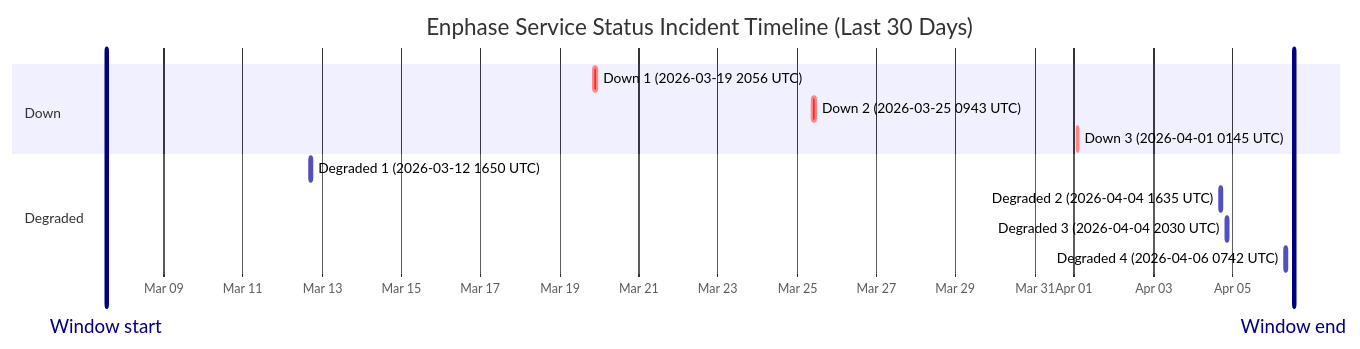
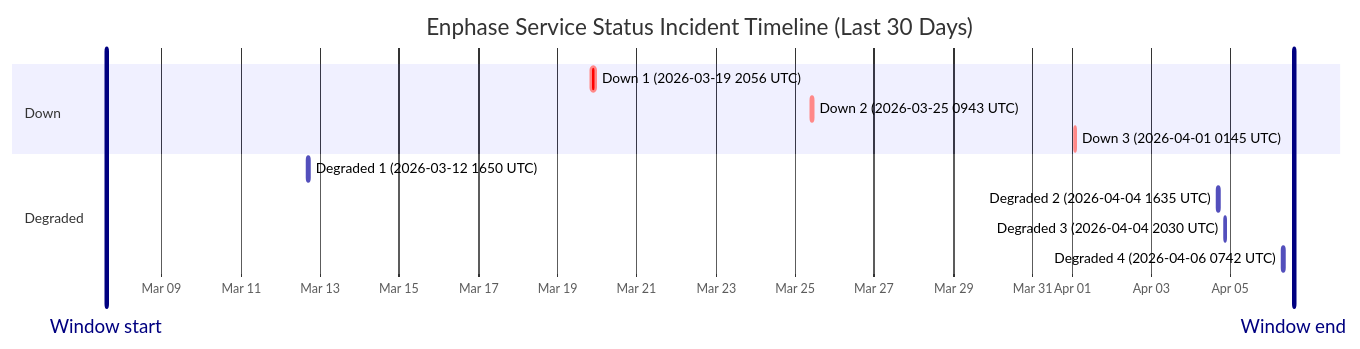
The diagram in wiki/Service-Status-History.md (barneyonline/ha-enphase-ev-charger), drawn with Mermaid before and after one commit. The commit also changed other lines of this file and 3 other files, not shown here.

````diff
--- a/wiki/Service-Status-History.md
+++ b/wiki/Service-Status-History.md
@@ -14,17 +14,17 @@
 ```mermaid
 gantt
     title Enphase Service Status Incident Timeline (Last 30 Days)
     dateFormat  YYYY-MM-DDTHH:mm:ss
     axisFormat  %b %d
-    Window start :vert, window-start, 2026-03-07T13:08:57, 0ms
-    Window end :vert, window-end, 2026-04-06T13:08:57, 0ms
+    Window start :vert, window-start, 2026-03-07T14:30:28, 0ms
+    Window end :vert, window-end, 2026-04-06T14:30:28, 0ms
     section Down
     Down 1 (2026-03-19 2056 UTC) :crit, down-1, 2026-03-19T20:56:20, 145m
     Down 2 (2026-03-25 0943 UTC) :crit, down-2, 2026-03-25T09:43:28, 111m
     Down 3 (2026-04-01 0145 UTC) :crit, down-3, 2026-04-01T01:45:09, 60m
     section Degraded
     Degraded 1 (2026-03-12 1650 UTC) :active, degraded-1, 2026-03-12T16:50:43, 60m
     Degraded 2 (2026-04-04 1635 UTC) :active, degraded-2, 2026-04-04T16:35:17, 60m
     Degraded 3 (2026-04-04 2030 UTC) :active, degraded-3, 2026-04-04T20:30:40, 60m
     Degraded 4 (2026-04-06 0742 UTC) :active, degraded-4, 2026-04-06T07:42:09, 85m
 ```
````
